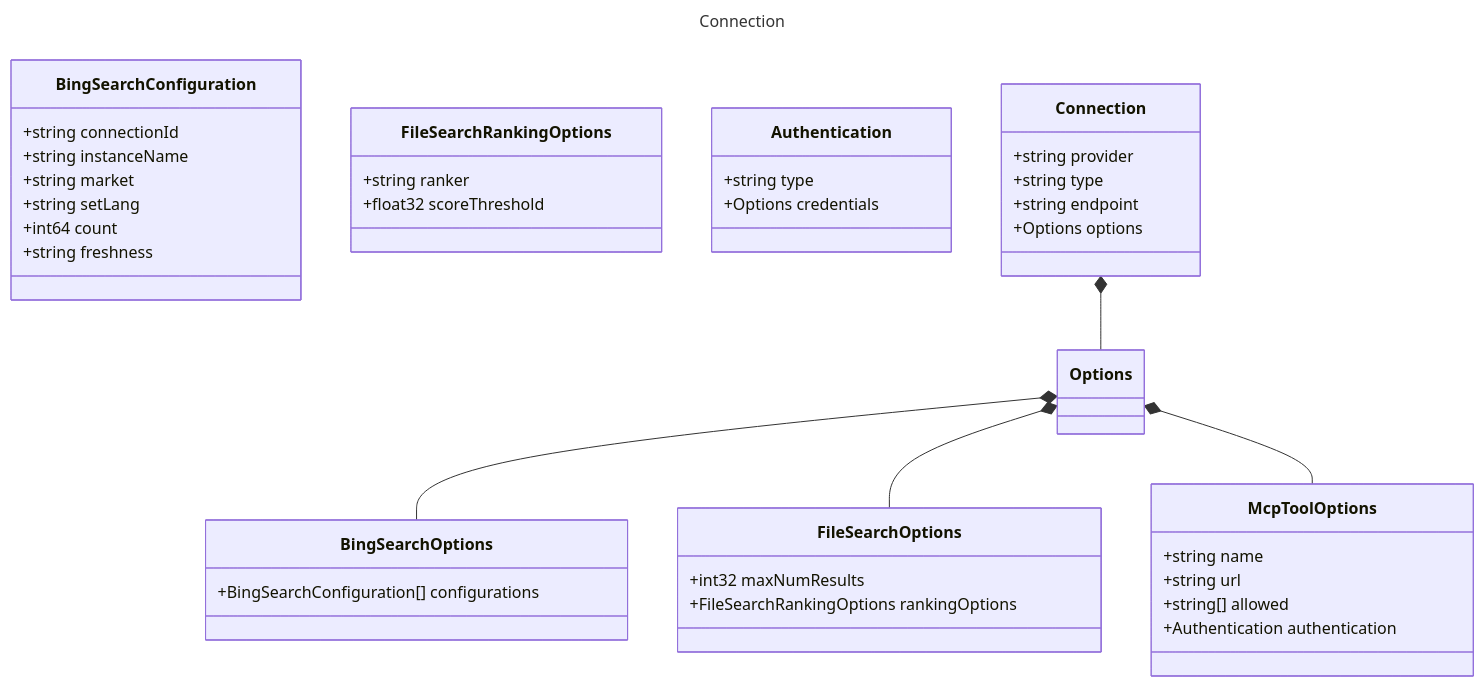
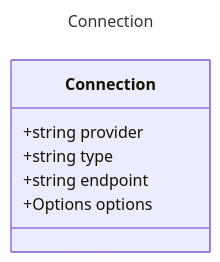
The diagram in specification/prompty/docs/Connection.md (microsoft/prompty), drawn with Mermaid before and after one commit. The commit also changed 22 other files, not shown here.

Commit message:
corrected class diagrams

````diff
--- a/specification/prompty/docs/Connection.md
+++ b/specification/prompty/docs/Connection.md
@@ -9,47 +9,12 @@
 ```mermaid
 ---
 title: Connection
 ---
 classDiagram
-    class Options {
-    }
-    class BingSearchConfiguration {
-        +string connectionId
-        +string instanceName
-        +string market
-        +string setLang
-        +int64 count
-        +string freshness
-    }
-    class BingSearchOptions {
-        +BingSearchConfiguration[] configurations
-    }
-    class FileSearchRankingOptions {
-        +string ranker
-        +float32 scoreThreshold
-    }
-    class FileSearchOptions {
-        +int32 maxNumResults
-        +FileSearchRankingOptions rankingOptions
-    }
-    class Authentication {
-        +string type
-        +Options credentials
-    }
-    class McpToolOptions {
-        +string name
-        +string url
-        +string[] allowed
-        +Authentication authentication
-    }
     class Connection {
         +string provider
         +string type
         +string endpoint
         +Options options
     }
-    Connection *-- Options
-    Options *-- BingSearchOptions
-    Options *-- FileSearchOptions
-    Options *-- McpToolOptions
 ```
````
